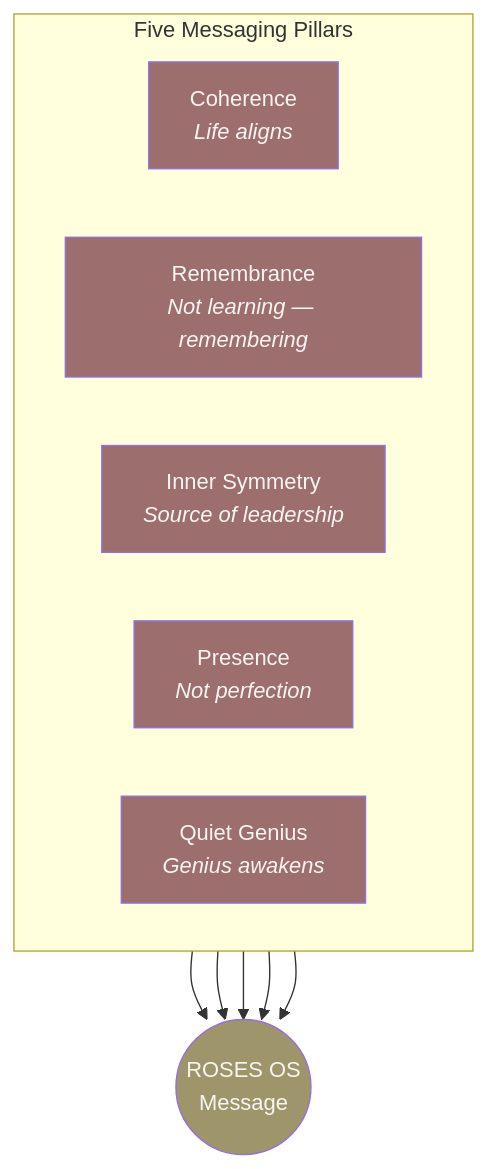
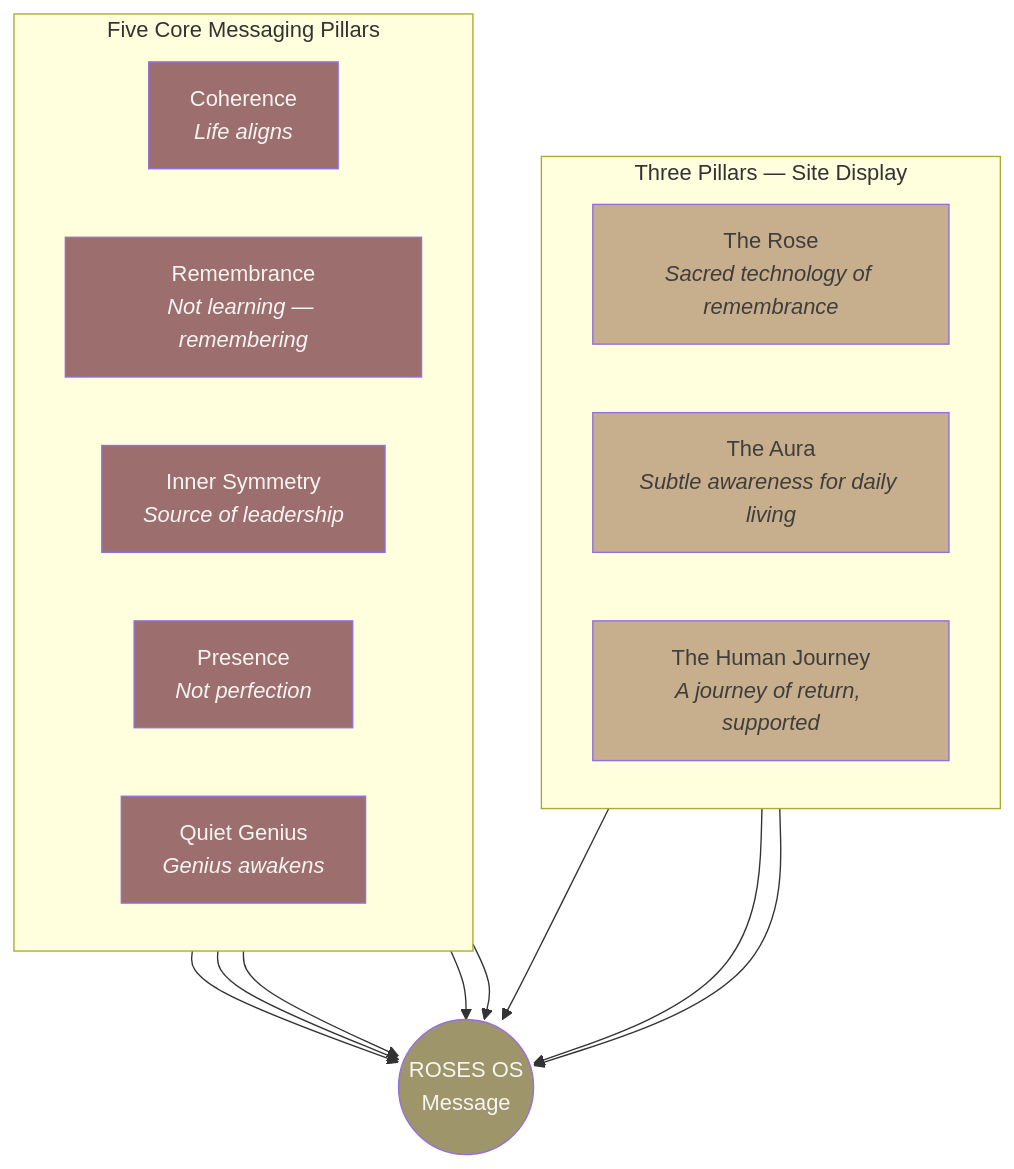
One commit to Light-Brands/roses-os changed the seventh of 28 diagrams in docs/brand/brand-dna.md. Above: the diagram before and after it, drawn with Mermaid. The commit also changed other lines of this file, not shown here.

First line of the commit message:
Update brand DNA to match the roses.os site implementation

````diff
--- a/docs/brand/brand-dna.md
+++ b/docs/brand/brand-dna.md
@@ -330,24 +365,31 @@
 ```mermaid
 graph TD
-    subgraph PILLARS["Five Messaging Pillars"]
+    subgraph PILLARS_SITE["Three Pillars — Site Display"]
+        direction LR
+        PS1["The Rose<br/><i>Sacred technology of remembrance</i>"]
+        PS2["The Aura<br/><i>Subtle awareness for daily living</i>"]
+        PS3["The Human Journey<br/><i>A journey of return, supported</i>"]
+    end
+
+    subgraph PILLARS_MSG["Five Core Messaging Pillars"]
         direction LR
         P1["Coherence<br/><i>Life aligns</i>"]
         P2["Remembrance<br/><i>Not learning — remembering</i>"]
         P3["Inner Symmetry<br/><i>Source of leadership</i>"]
         P4["Presence<br/><i>Not perfection</i>"]
         P5["Quiet Genius<br/><i>Genius awakens</i>"]
     end
 
-    P1 --> CORE((ROSES OS<br/>Message))
-    P2 --> CORE
-    P3 --> CORE
-    P4 --> CORE
-    P5 --> CORE
+    PS1 & PS2 & PS3 --> CORE((ROSES OS<br/>Message))
+    P1 & P2 & P3 & P4 & P5 --> CORE
 
+    style PS1 fill:#C7AE8C,color:#3F3E3C
+    style PS2 fill:#C7AE8C,color:#3F3E3C
+    style PS3 fill:#C7AE8C,color:#3F3E3C
     style P1 fill:#9C6F6E,color:#F7F5F2
     style P2 fill:#9C6F6E,color:#F7F5F2
     style P3 fill:#9C6F6E,color:#F7F5F2
     style P4 fill:#9C6F6E,color:#F7F5F2
     style P5 fill:#9C6F6E,color:#F7F5F2
     style CORE fill:#9E956B,color:#F7F5F2
 ```
````
